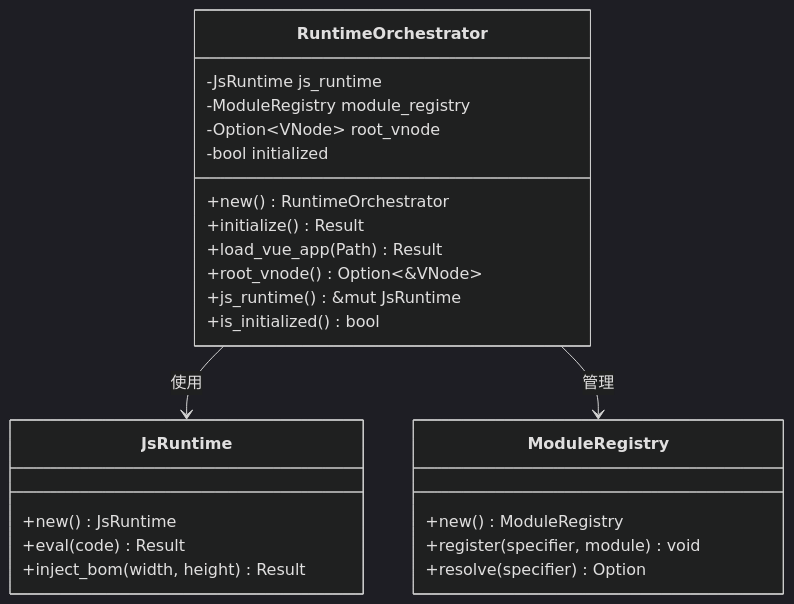
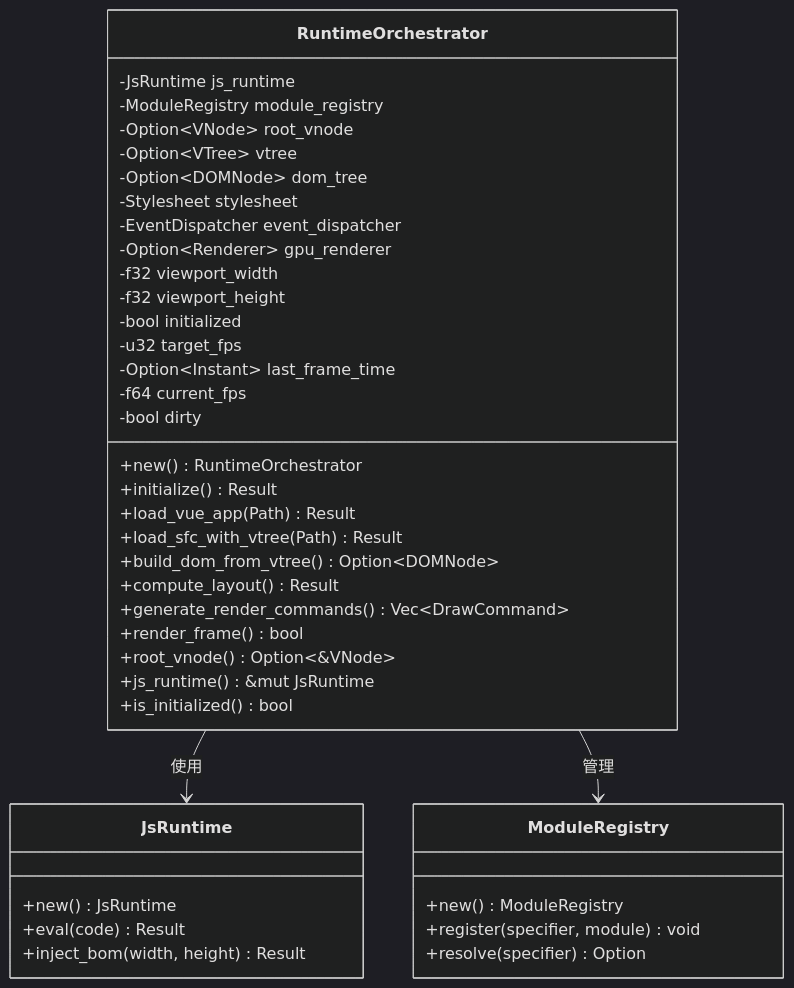
One commit to itszzl-sudo/iris changed the third of 10 diagrams in .qoder/repowiki/zh/content/项目概述/路线图进度跟踪系统.md. Above: the diagram before and after it, drawn with Mermaid (dark theme). The commit also changed other lines of this file and 9 other files, not shown here.

````diff
--- a/.qoder/repowiki/zh/content/项目概述/路线图进度跟踪系统.md
+++ b/.qoder/repowiki/zh/content/项目概述/路线图进度跟踪系统.md
@@ -241,27 +245,43 @@
 ```mermaid
 classDiagram
 class RuntimeOrchestrator {
 -JsRuntime js_runtime
 -ModuleRegistry module_registry
 -Option~VNode~ root_vnode
+-Option~VTree~ vtree
+-Option~DOMNode~ dom_tree
+-Stylesheet stylesheet
+-EventDispatcher event_dispatcher
+-Option~Renderer~ gpu_renderer
+-f32 viewport_width
+-f32 viewport_height
 -bool initialized
+-u32 target_fps
+-Option~Instant~ last_frame_time
+-f64 current_fps
+-bool dirty
 +new() RuntimeOrchestrator
 +initialize() Result
 +load_vue_app(Path) Result
++load_sfc_with_vtree(Path) Result
++build_dom_from_vtree() Option~DOMNode~
++compute_layout() Result
++generate_render_commands() Vec~DrawCommand~
++render_frame() bool
 +root_vnode() Option~&VNode~
 +js_runtime() &mut JsRuntime
 +is_initialized() bool
 }
 class JsRuntime {
 +new() JsRuntime
 +eval(code) Result
 +inject_bom(width, height) Result
 }
 class ModuleRegistry {
 +new() ModuleRegistry
 +register(specifier, module) void
 +resolve(specifier) Option
 }
 RuntimeOrchestrator --> JsRuntime : 使用
 RuntimeOrchestrator --> ModuleRegistry : 管理
 ```
````
